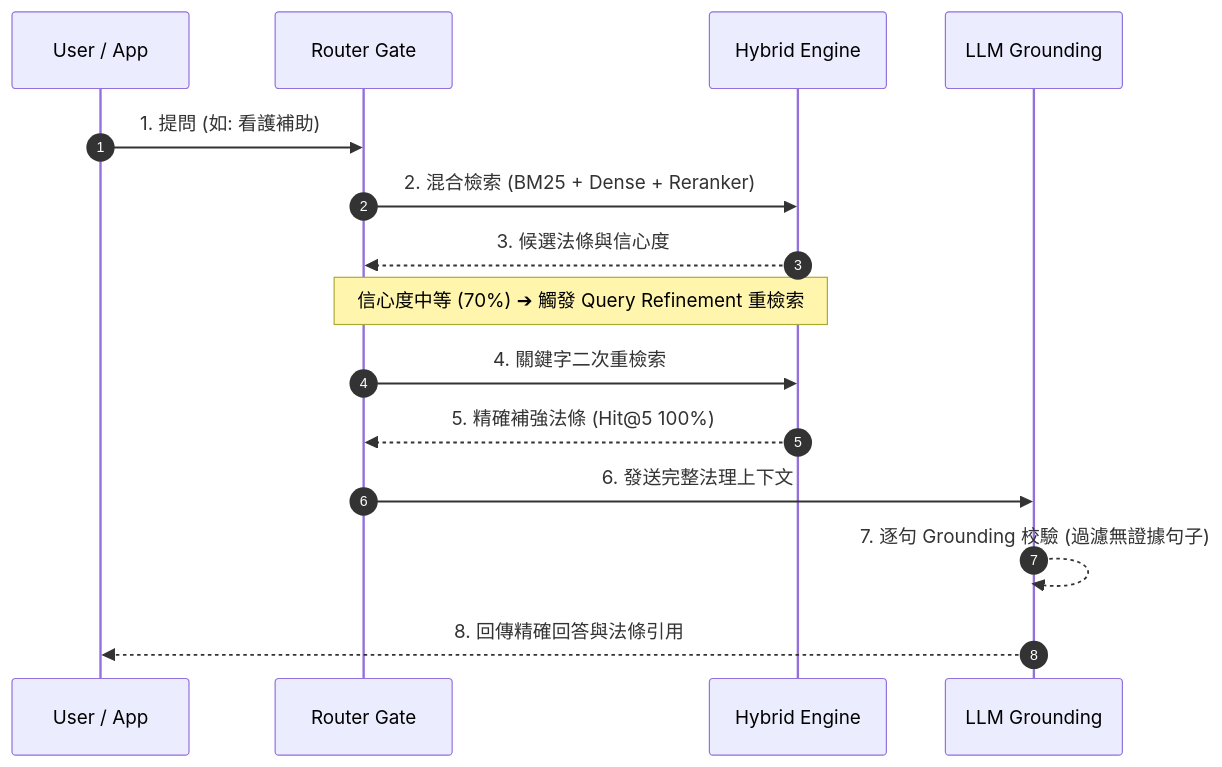
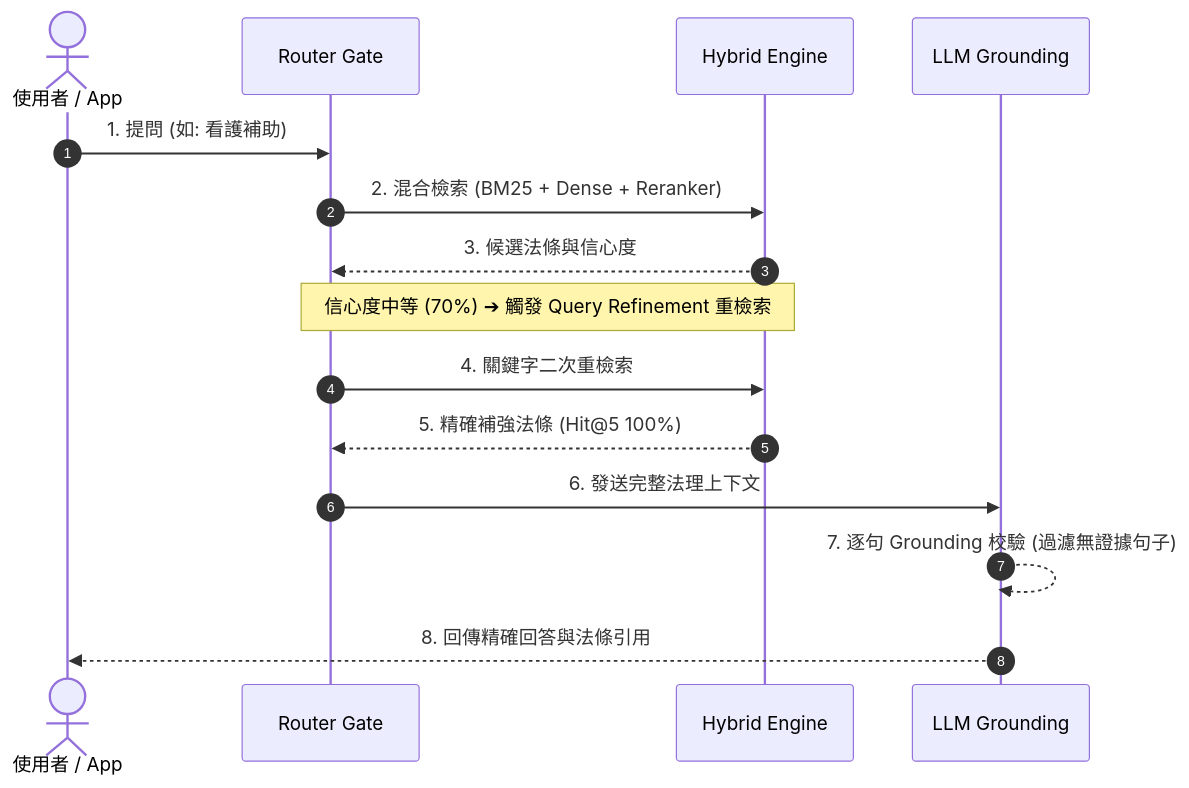
One commit to kuotunyu/tw-longcare-rag changed the second of 2 diagrams in README.md. Above: the diagram before and after it, drawn with Mermaid. The commit also changed other lines of this file and 1 other file, not shown here.

Commit message:
docs: add Production RAG dual-track hybrid search & gate architecture diagram to tw-longcare-rag

````diff
--- a/README.md
+++ b/README.md
@@ -34,19 +62,19 @@
 ```mermaid
-%%{init: {'themeVariables': {'fontSize': '22px', 'actorFontSize': '20px', 'messageFontSize': '18px', 'noteFontSize': '18px'}}}%%
+%%{init: {'themeVariables': {'fontSize': '18px'}}}%%
 sequenceDiagram
     autonumber
-    participant App as User / App
+    actor User as 使用者 / App
     participant Gate as Router Gate
     participant Engine as Hybrid Engine
     participant LLM as LLM Grounding
 
-    App->>Gate: 1. 提問 (如: 看護補助)
+    User->>Gate: 1. 提問 (如: 看護補助)
     Gate->>Engine: 2. 混合檢索 (BM25 + Dense + Reranker)
     Engine-->>Gate: 3. 候選法條與信心度
     Note over Gate,Engine: 信心度中等 (70%) ➔ 觸發 Query Refinement 重檢索
     Gate->>Engine: 4. 關鍵字二次重檢索
     Engine-->>Gate: 5. 精確補強法條 (Hit@5 100%)
     Gate->>LLM: 6. 發送完整法理上下文
     LLM-->>LLM: 7. 逐句 Grounding 校驗 (過濾無證據句子)
-    LLM-->>App: 8. 回傳精確回答與法條引用
+    LLM-->>User: 8. 回傳精確回答與法條引用
 ```
````
